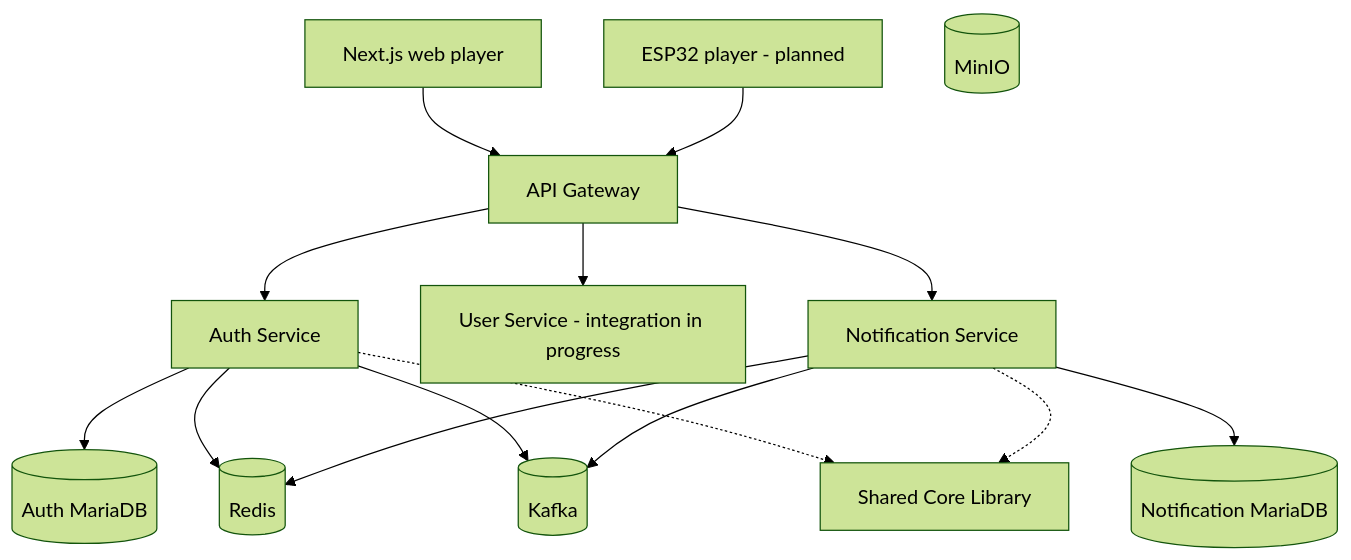
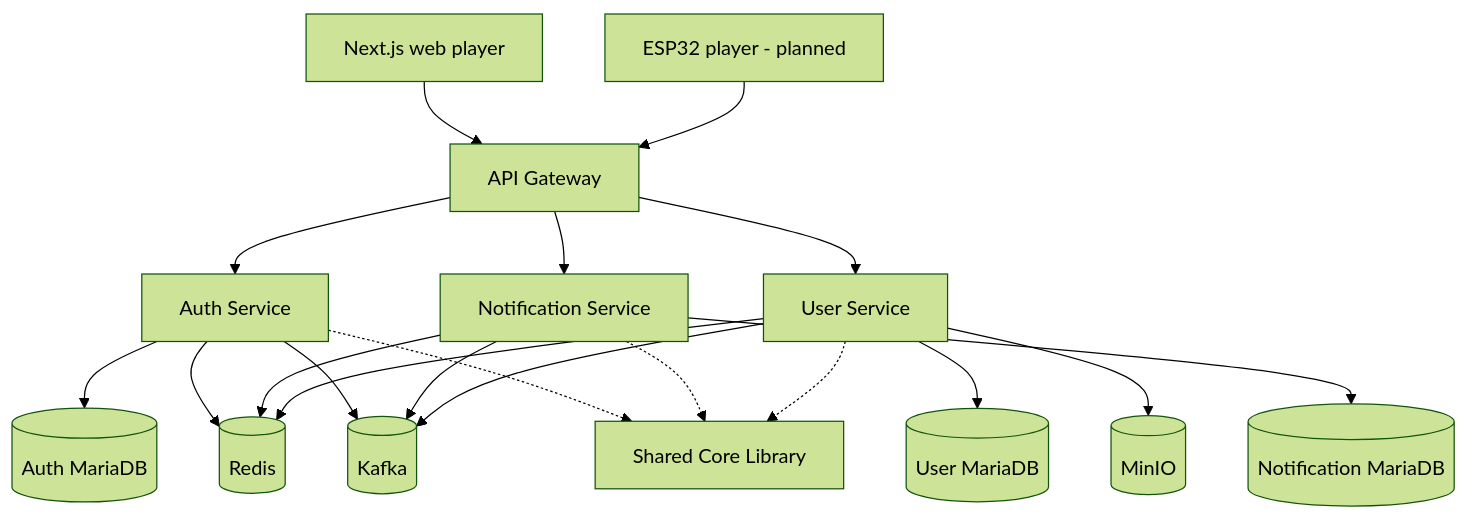
The diagram in README.md (baokieuv/BitRhythm), drawn with Mermaid (forest theme) before and after one commit.

Commit message:
fiX: update readme.md file

````diff
--- a/README.md
+++ b/README.md
@@ -14,29 +14,35 @@
 ```mermaid
 flowchart TD
     Web[Next.js web player]
     ESP[ESP32 player - planned]
     Gateway[API Gateway]
     Auth[Auth Service]
-    User[User Service - integration in progress]
+    User[User Service]
     Notify[Notification Service]
     Core[Shared Core Library]
     MariaAuth[(Auth MariaDB)]
     MariaNotify[(Notification MariaDB)]
+    MariaUser[(User MariaDB)]
     Redis[(Redis)]
     Kafka[(Kafka)]
     MinIO[(MinIO)]
 
     Web --> Gateway
     ESP --> Gateway
     Gateway --> Auth
     Gateway --> User
     Gateway --> Notify
     Auth --> MariaAuth
     Auth --> Redis
     Auth --> Kafka
     Notify --> MariaNotify
     Notify --> Redis
     Notify --> Kafka
+    User --> MariaUser
+    User --> Redis
+    User --> Kafka
+    User --> MinIO
     Auth -.-> Core
     Notify -.-> Core
+    User -.-> Core
 ```
````
